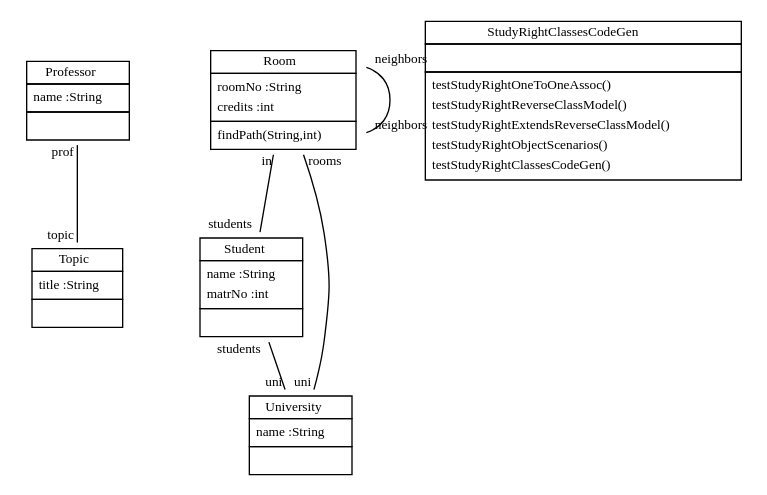
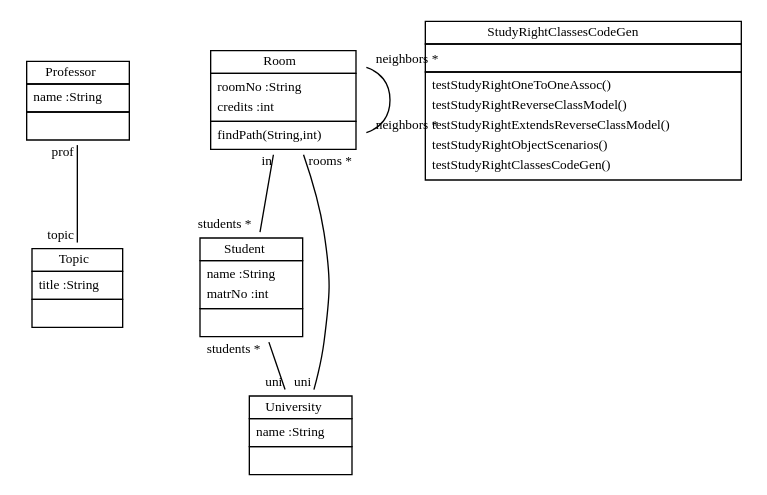
One commit to fujaba/SDMLib changed the diagram in doc/StudyRightReverseClassModel.dot. Above: the diagram before and after it, drawn with Graphviz. The commit also changed 26 other files, not shown here.

Commit message:
creatorcreator does not longer grow on each run. to many assocs show a star in the class diagram now. Using hollow arrowheads for inheritance now. Using grey color to indicate interface classes now.

```diff
--- a/doc/StudyRightReverseClassModel.dot
+++ b/doc/StudyRightReverseClassModel.dot
@@ -1,21 +1,21 @@
 
  digraph ClassDiagram {
     node [shape = none, fontsize = 10]; 
     edge [fontsize = 10];
     
     
     Professor [label=<<table border='0' cellborder='1' cellspacing='0'> <tr> <td>Professor</td> </tr> <tr><td><table border='0' cellborder='0' cellspacing='0'> <tr><td align='left'>name :String</td></tr>  </table></td></tr> <tr><td><table border='0' cellborder='0' cellspacing='0'> <tr><td> </td></tr> </table></td></tr> </table>>];
     Topic [label=<<table border='0' cellborder='1' cellspacing='0'> <tr> <td>Topic</td> </tr> <tr><td><table border='0' cellborder='0' cellspacing='0'> <tr><td align='left'>title :String</td></tr>  </table></td></tr> <tr><td><table border='0' cellborder='0' cellspacing='0'> <tr><td> </td></tr> </table></td></tr> </table>>];
     Room [label=<<table border='0' cellborder='1' cellspacing='0'> <tr> <td>Room</td> </tr> <tr><td><table border='0' cellborder='0' cellspacing='0'> <tr><td align='left'>roomNo :String</td></tr> <tr><td align='left'>credits :int</td></tr>  </table></td></tr> <tr><td><table border='0' cellborder='0' cellspacing='0'> <tr><td align='left'>findPath(String,int)</td></tr>  </table></td></tr> </table>>];
     Student [label=<<table border='0' cellborder='1' cellspacing='0'> <tr> <td>Student</td> </tr> <tr><td><table border='0' cellborder='0' cellspacing='0'> <tr><td align='left'>name :String</td></tr> <tr><td align='left'>matrNo :int</td></tr>  </table></td></tr> <tr><td><table border='0' cellborder='0' cellspacing='0'> <tr><td> </td></tr> </table></td></tr> </table>>];
     StudyRightClassesCodeGen [label=<<table border='0' cellborder='1' cellspacing='0'> <tr> <td>StudyRightClassesCodeGen</td> </tr> <tr><td><table border='0' cellborder='0' cellspacing='0'> <tr><td> </td></tr> </table></td></tr> <tr><td><table border='0' cellborder='0' cellspacing='0'> <tr><td align='left'>testStudyRightOneToOneAssoc()</td></tr> <tr><td align='left'>testStudyRightReverseClassModel()</td></tr> <tr><td align='left'>testStudyRightExtendsReverseClassModel()</td></tr> <tr><td align='left'>testStudyRightObjectScenarios()</td></tr> <tr><td align='left'>testStudyRightClassesCodeGen()</td></tr>  </table></td></tr> </table>>];
     University [label=<<table border='0' cellborder='1' cellspacing='0'> <tr> <td>University</td> </tr> <tr><td><table border='0' cellborder='0' cellspacing='0'> <tr><td align='left'>name :String</td></tr>  </table></td></tr> <tr><td><table border='0' cellborder='0' cellspacing='0'> <tr><td> </td></tr> </table></td></tr> </table>>];
     
     
     
     Professor -> Topic [headlabel = "topic" taillabel = "prof" arrowhead = "none" ];
-    Room -> Room [headlabel = "neighbors" taillabel = "neighbors" arrowhead = "none" ];
-    Room -> Student [headlabel = "students" taillabel = "in" arrowhead = "none" ];
-    Room -> University [headlabel = "uni" taillabel = "rooms" arrowhead = "none" ];
-    Student -> University [headlabel = "uni" taillabel = "students" arrowhead = "none" ];
+    Room -> Room [headlabel = "neighbors *" taillabel = "neighbors *" arrowhead = "none" ];
+    Room -> Student [headlabel = "students *" taillabel = "in" arrowhead = "none" ];
+    Room -> University [headlabel = "uni" taillabel = "rooms *" arrowhead = "none" ];
+    Student -> University [headlabel = "uni" taillabel = "students *" arrowhead = "none" ];
 }
```
